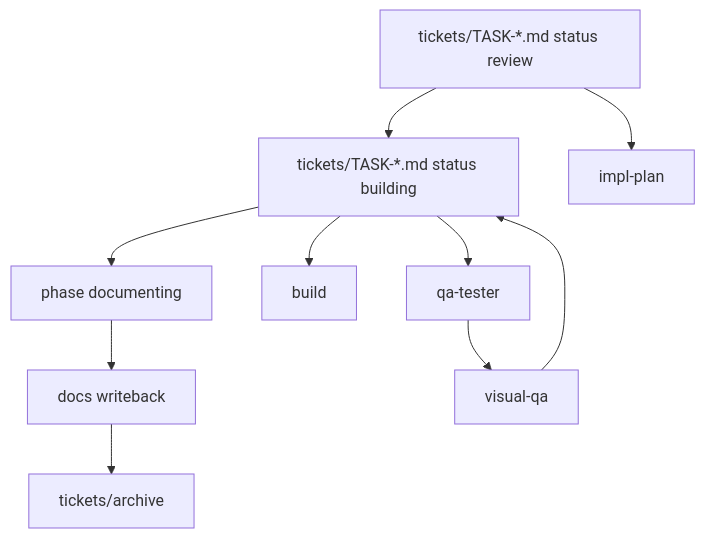
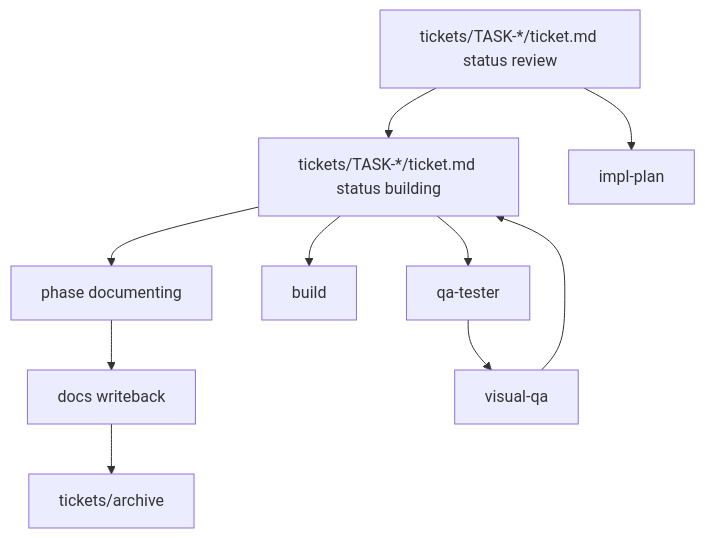
One commit to ZanarkandTechnologies/Farplane changed the diagram in templates/global/AGENTS.md. Above: the diagram before and after it, drawn with Mermaid. The commit also changed other lines of this file and 27 other files, not shown here.

````diff
--- a/templates/global/AGENTS.md
+++ b/templates/global/AGENTS.md
@@ -14,12 +14,12 @@
 ```mermaid
 flowchart TD
-    A[tickets/TASK-*.md status review] --> B[tickets/TASK-*.md status building]
+    A[tickets/TASK-*/ticket.md status review] --> B[tickets/TASK-*/ticket.md status building]
     B --> C[phase documenting]
     C --> D[docs writeback]
     D --> E[tickets/archive]
     A --> F[impl-plan]
     B --> G[build]
     B --> H[qa-tester]
     H --> I[visual-qa]
     I --> B
 ```
````
